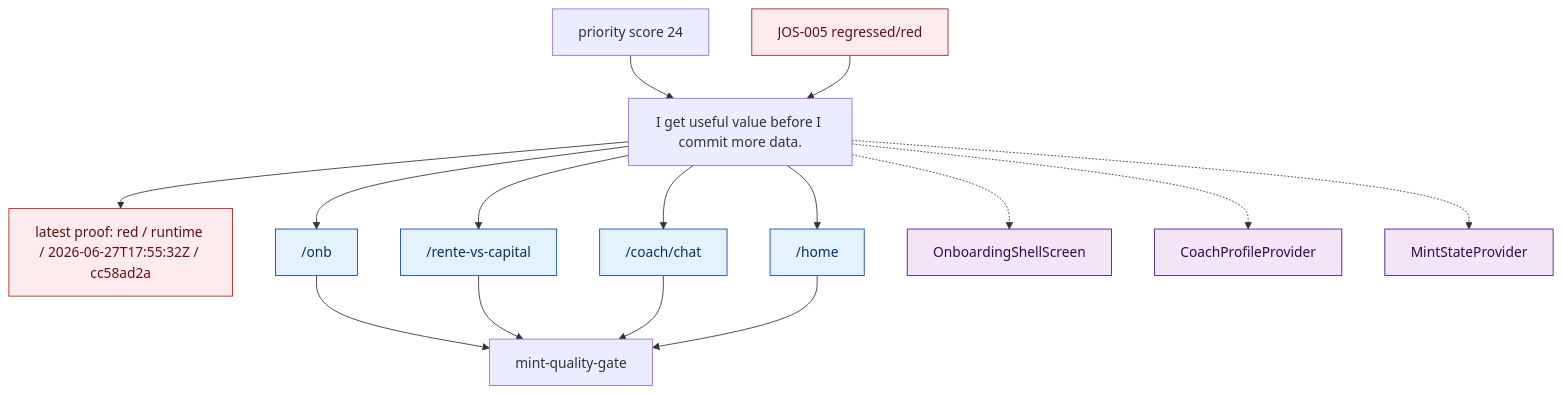
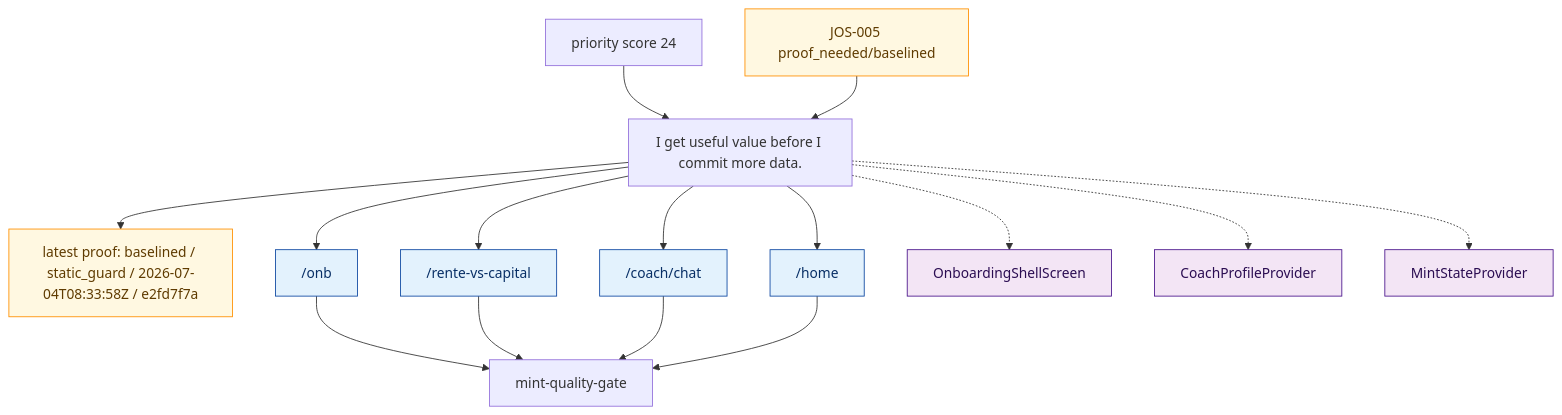
Before and after one commit to MINT-IA/MINT: the diagram in .planning/journeys/diagrams/onboarding_first_value.mmd, drawn with Mermaid. The commit also changed 7 other files, not shown here.

Commit message:
docs(journey): baseline jos005 route proof

```diff
--- a/.planning/journeys/diagrams/onboarding_first_value.mmd
+++ b/.planning/journeys/diagrams/onboarding_first_value.mmd
@@ -1,45 +1,45 @@
 %% Generated from .planning/journeys/records/onboarding_first_value.json
 flowchart TD
   promise["I get useful value before I commit more data."]
   team["mint-quality-gate"]
-  latest["latest proof: red / runtime / 2026-06-27T17:55:32Z / cc58ad2a"]
+  latest["latest proof: baselined / static_guard / 2026-07-04T08:33:58Z / e2fd7f7a"]
   promise --> latest
   classDef green fill:#e8f5e9,stroke:#1b5e20,color:#0b3d1a;
   classDef red fill:#ffebee,stroke:#b71c1c,color:#5f1111;
   classDef amber fill:#fff8e1,stroke:#ff8f00,color:#5f3b00;
   classDef blocked fill:#eceff1,stroke:#455a64,color:#263238;
   classDef neutral fill:#f5f5f5,stroke:#616161,color:#212121;
   classDef route fill:#e3f2fd,stroke:#0d47a1,color:#082f66;
   classDef surface fill:#f3e5f5,stroke:#4a148c,color:#2b0d52;
   classDef api fill:#e0f2f1,stroke:#00695c,color:#003d35;
-  class latest red
+  class latest amber
   priority["priority score 24"]
   priority --> promise
   route_onb["/onb"]
   promise --> route_onb
   route_onb --> team
   class route_onb route
   route_rente_vs_capital["/rente-vs-capital"]
   promise --> route_rente_vs_capital
   route_rente_vs_capital --> team
   class route_rente_vs_capital route
   route_coach_chat["/coach/chat"]
   promise --> route_coach_chat
   route_coach_chat --> team
   class route_coach_chat route
   route_home["/home"]
   promise --> route_home
   route_home --> team
   class route_home route
   surface_OnboardingShellScreen["OnboardingShellScreen"]
   promise -.-> surface_OnboardingShellScreen
   class surface_OnboardingShellScreen surface
   surface_CoachProfileProvider["CoachProfileProvider"]
   promise -.-> surface_CoachProfileProvider
   class surface_CoachProfileProvider surface
   surface_MintStateProvider["MintStateProvider"]
   promise -.-> surface_MintStateProvider
   class surface_MintStateProvider surface
-  issue_JOS_005["JOS-005 regressed/red"]
+  issue_JOS_005["JOS-005 proof_needed/baselined"]
   issue_JOS_005 --> promise
-  class issue_JOS_005 red
+  class issue_JOS_005 amber
```
